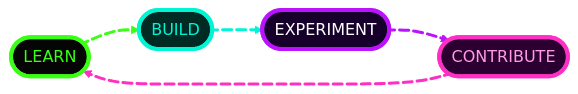
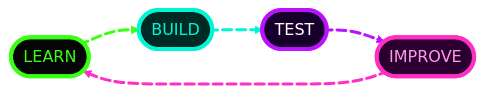
One commit to priyanshi17112007/priyanshi17112007 changed the eighth of 8 diagrams in README.md. Above: the diagram before and after it, drawn with Mermaid. The commit also changed other lines of this file, not shown here.

````diff
--- a/README.md
+++ b/README.md
@@ -512,20 +588,20 @@
 ```mermaid
 %%{init: {'theme':'base','themeVariables':{'background':'#050505','primaryColor':'#0a0a14','primaryTextColor':'#39FF14','primaryBorderColor':'#39FF14','lineColor':'#39FF14','fontFamily':'monospace'},'flowchart':{'curve':'basis'}}}%%
 flowchart LR
     L([LEARN]):::n1 e1@==> B([BUILD]):::n2
-    B e2@==> X([EXPERIMENT]):::n3
-    X e3@==> C([CONTRIBUTE]):::n4
+    B e2@==> X([TEST]):::n3
+    X e3@==> C([IMPROVE]):::n4
     C e4@==> L
     e1@{ animate: true, animation: fast }
     e2@{ animate: true, animation: fast }
     e3@{ animate: true, animation: fast }
     e4@{ animate: true, animation: fast }
     classDef n1 fill:#050505,stroke:#39FF14,stroke-width:4px,color:#39FF14;
     classDef n2 fill:#002B25,stroke:#00F5D4,stroke-width:4px,color:#00F5D4;
     classDef n3 fill:#16002B,stroke:#BC13FE,stroke-width:4px,color:#fff;
     classDef n4 fill:#2b0030,stroke:#ff2ec4,stroke-width:4px,color:#ff9ae6;
     linkStyle 0 stroke:#39FF14,stroke-width:3px;
     linkStyle 1 stroke:#00F5D4,stroke-width:3px;
     linkStyle 2 stroke:#BC13FE,stroke-width:3px;
     linkStyle 3 stroke:#ff2ec4,stroke-width:3px;
 ```
````
